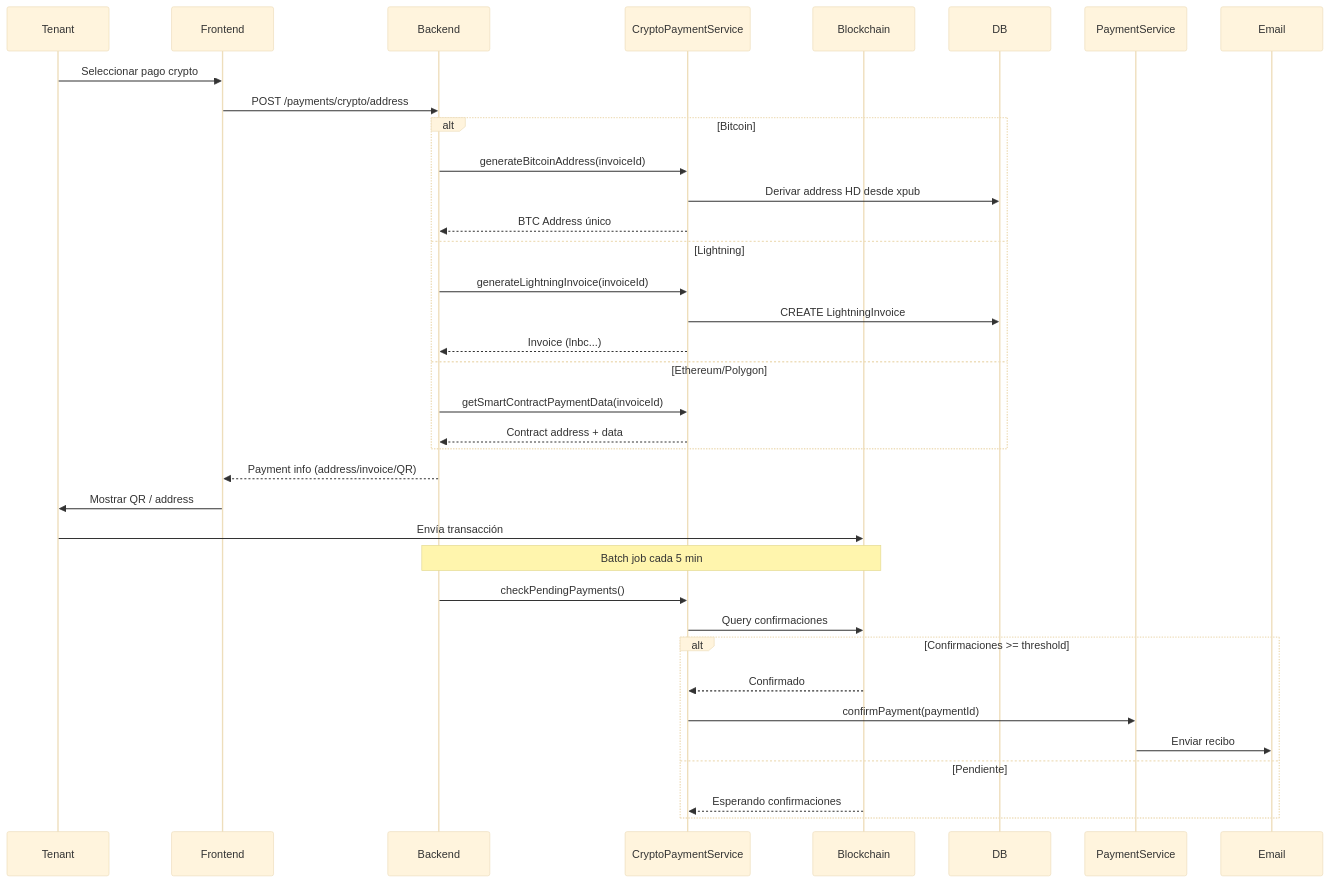
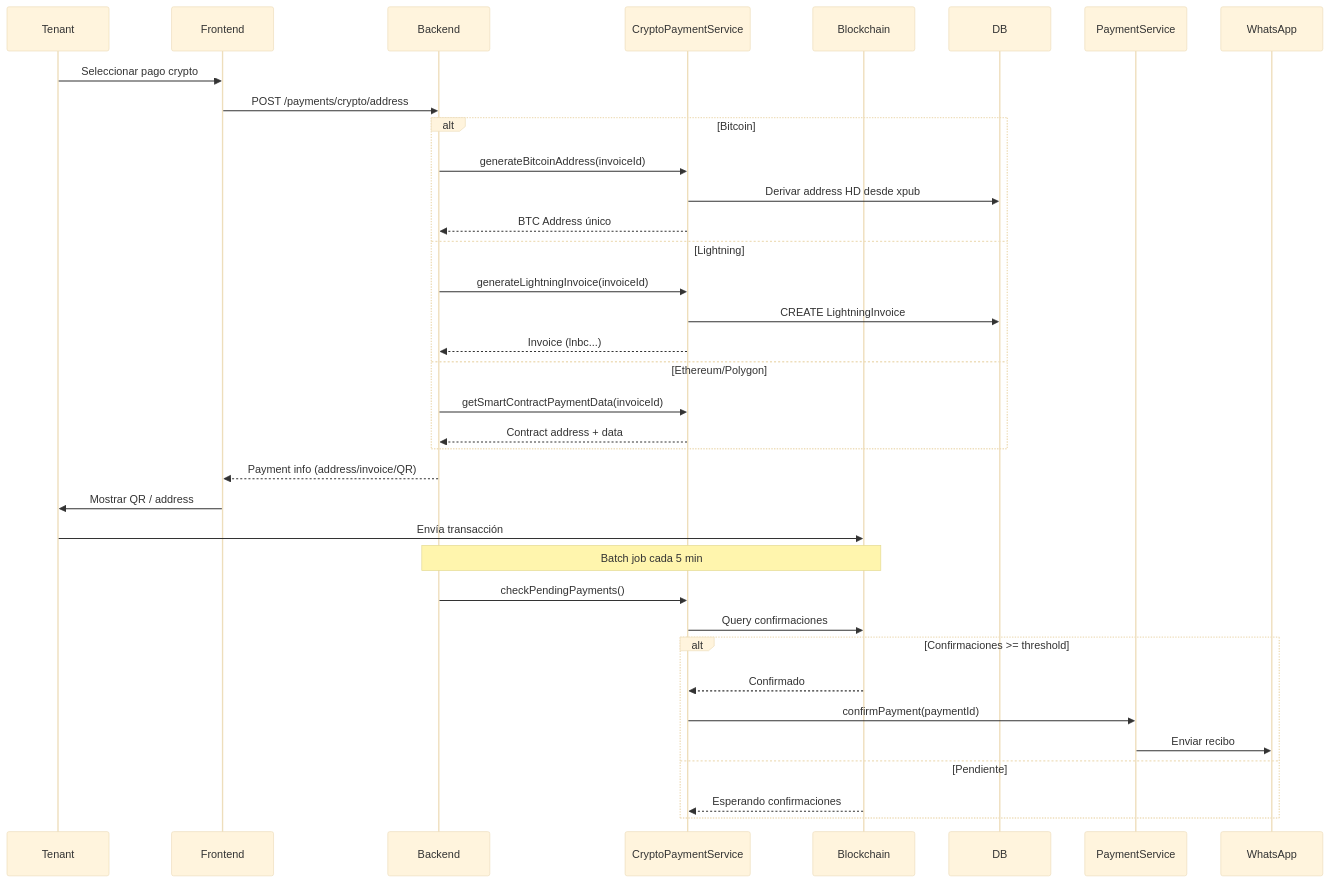
The tenth of 14 diagrams in docs/technical/sequence.md (andrescastiglia/rent), drawn with Mermaid (base theme) before and after one commit. The commit also changed other lines of this file and 33 other files, not shown here.

First line of the commit message:
feat: integrate WhatsApp messaging for notifications and reminders

````diff
--- a/docs/technical/sequence.md
+++ b/docs/technical/sequence.md
@@ -312,45 +312,45 @@
 ```mermaid
 sequenceDiagram
     participant Tenant
     participant Frontend
     participant Backend
     participant CryptoSvc as CryptoPaymentService
     participant Blockchain
     participant DB
     participant PaymentSvc as PaymentService
-    participant Email
+    participant WhatsApp
 
     Tenant->>Frontend: Seleccionar pago crypto
     Frontend->>Backend: POST /payments/crypto/address
     
     alt Bitcoin
         Backend->>CryptoSvc: generateBitcoinAddress(invoiceId)
         CryptoSvc->>DB: Derivar address HD desde xpub
         CryptoSvc-->>Backend: BTC Address único
     else Lightning
         Backend->>CryptoSvc: generateLightningInvoice(invoiceId)
         CryptoSvc->>DB: CREATE LightningInvoice
         CryptoSvc-->>Backend: Invoice (lnbc...)
     else Ethereum/Polygon
         Backend->>CryptoSvc: getSmartContractPaymentData(invoiceId)
         CryptoSvc-->>Backend: Contract address + data
     end
     
     Backend-->>Frontend: Payment info (address/invoice/QR)
     Frontend->>Tenant: Mostrar QR / address
     
     Tenant->>Blockchain: Envía transacción
     
     Note over Blockchain,Backend: Batch job cada 5 min
     
     Backend->>CryptoSvc: checkPendingPayments()
     CryptoSvc->>Blockchain: Query confirmaciones
     
     alt Confirmaciones >= threshold
         Blockchain-->>CryptoSvc: Confirmado
         CryptoSvc->>PaymentSvc: confirmPayment(paymentId)
-        PaymentSvc->>Email: Enviar recibo
+        PaymentSvc->>WhatsApp: Enviar recibo
     else Pendiente
         Blockchain-->>CryptoSvc: Esperando confirmaciones
     end
 ```
````
